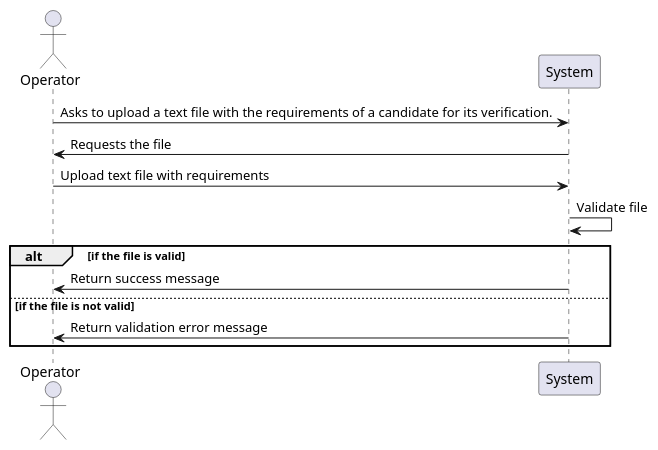
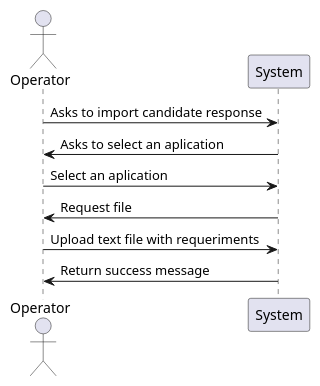
One commit to Mendoncaa/LAPR4 changed the diagram in docs/sprintC/US2004/01.requirements-engineering/puml/SSD.puml. Above: the diagram before and after it, drawn with PlantUML. The commit also changed 9 other files, not shown here.

```diff
--- a/docs/sprintC/US2004/01.requirements-engineering/puml/SSD.puml
+++ b/docs/sprintC/US2004/01.requirements-engineering/puml/SSD.puml
@@ -1,14 +1,13 @@
 @startuml
 actor Operator
 participant "System" as S
 
-Operator -> S: Asks to upload a text file with the requirements of a candidate for its verification.
-S -> Operator: Requests the file
-Operator -> S: Upload text file with requirements
-S -> S: Validate file
-alt if the file is valid
-    S -> Operator: Return success message
-else if the file is not valid
-    S -> Operator: Return validation error message
-end
+Operator -> S: Asks to import candidate response
+S -> Operator: Asks to select an aplication
+Operator -> S: Select an aplication
+S -> Operator: Request file
+Operator -> S: Upload text file with requeriments
+S -> Operator: Return success message
+
+
 @enduml
```
